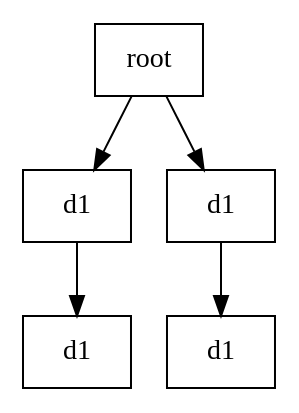
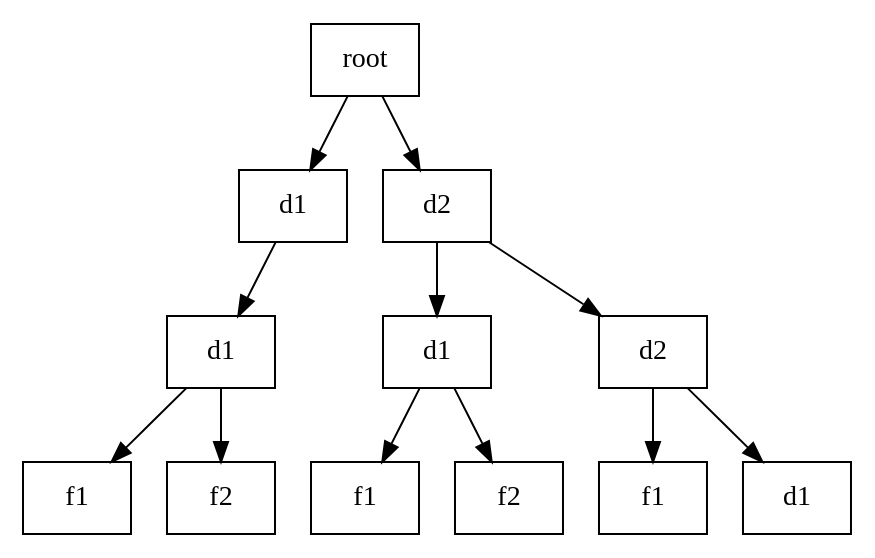
The diagram in _.dot (pedrordgs/CP), drawn with Graphviz before and after one commit. The commit also changed 6 other files, not shown here.

```diff
--- a/_.dot
+++ b/_.dot
@@ -1,13 +1,27 @@
 digraph G {
     /* edge [label=0]; */
     graph [ranksep=0.5];
     root_0 [shape=record, label="{{root}}"];
+    d1_8 [shape=record, label="{{d1}}"];
+    d1_9 [shape=record, label="{{d1}}"];
+    f1_11 [shape=record, label="{{f1}}"];
+    f2_10 [shape=record, label="{{f2}}"];
+    d2_1 [shape=record, label="{{d2}}"];
+    d1_5 [shape=record, label="{{d1}}"];
+    f1_7 [shape=record, label="{{f1}}"];
+    f2_6 [shape=record, label="{{f2}}"];
+    d2_2 [shape=record, label="{{d2}}"];
+    f1_4 [shape=record, label="{{f1}}"];
     d1_3 [shape=record, label="{{d1}}"];
-    d1_4 [shape=record, label="{{d1}}"];
-    d1_1 [shape=record, label="{{d1}}"];
-    d1_2 [shape=record, label="{{d1}}"];
-    d1_3 -> d1_4;
-    d1_1 -> d1_2;
-    root_0 -> d1_3;
-    root_0 -> d1_1;
+    d1_9 -> f1_11;
+    d1_9 -> f2_10;
+    d1_8 -> d1_9;
+    d1_5 -> f1_7;
+    d1_5 -> f2_6;
+    d2_2 -> f1_4;
+    d2_2 -> d1_3;
+    d2_1 -> d1_5;
+    d2_1 -> d2_2;
+    root_0 -> d1_8;
+    root_0 -> d2_1;
 }
```
